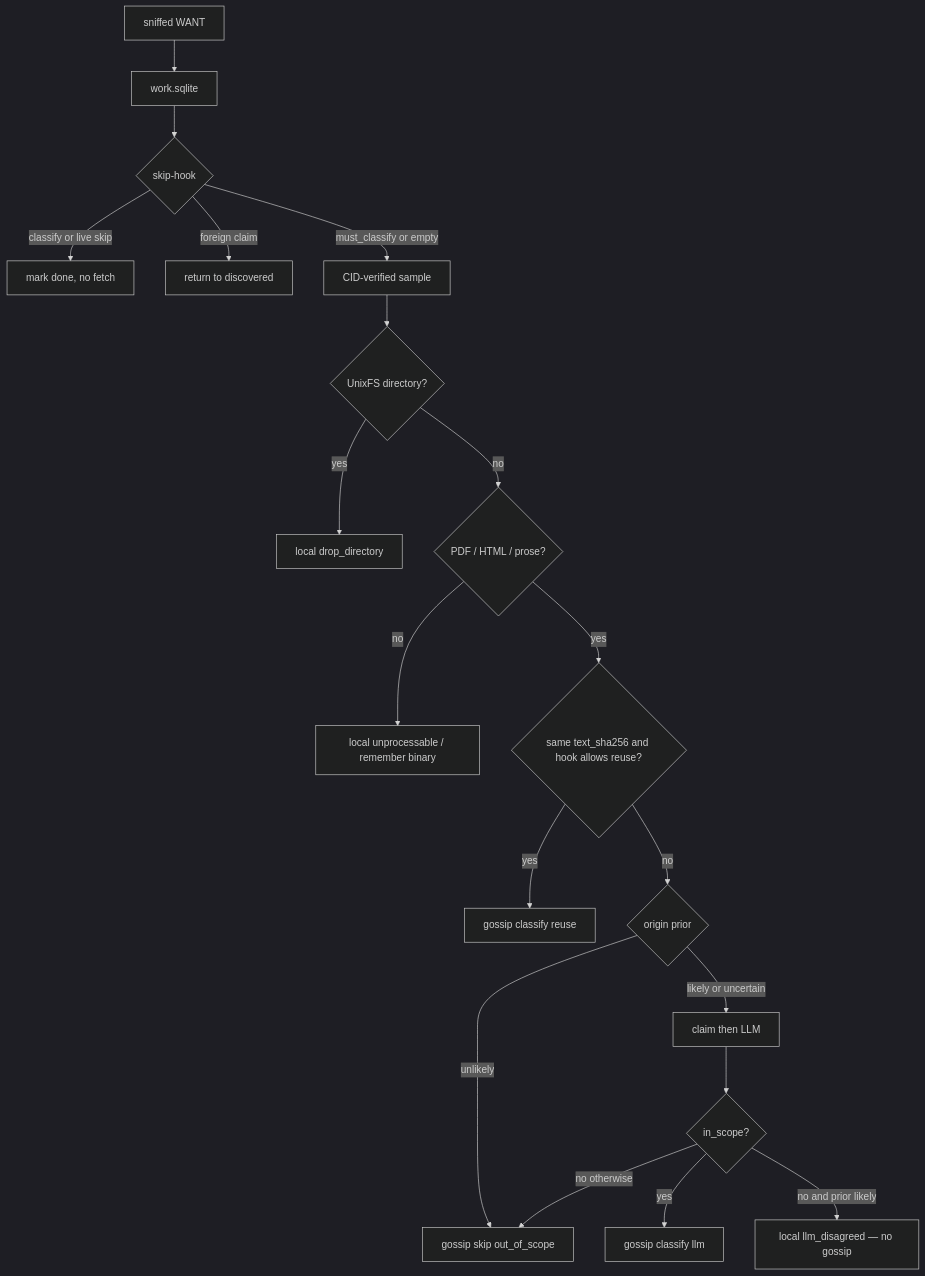
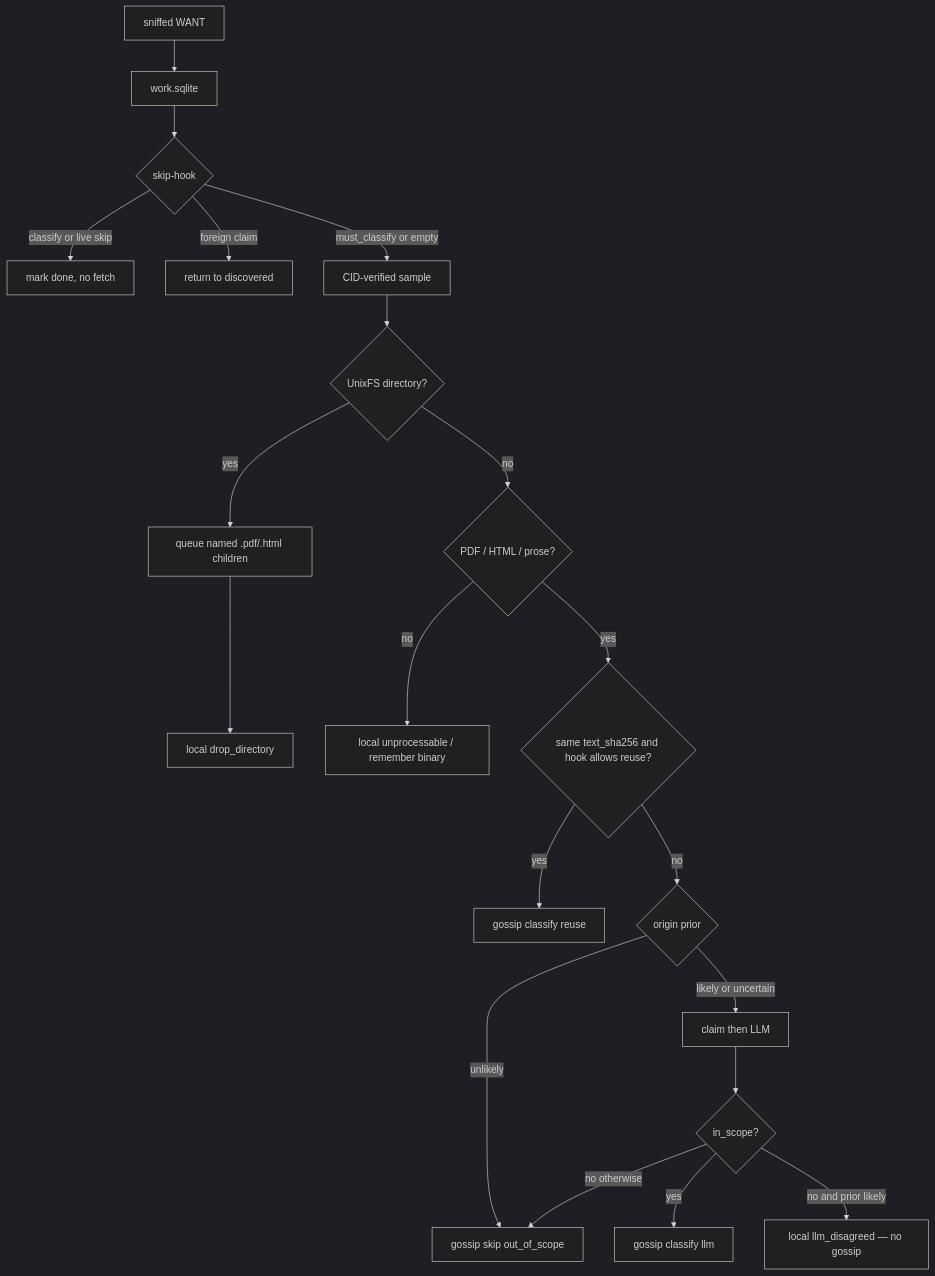
The third of 4 diagrams in docs/OVERVIEW.md (ihlec/IPFS-Observer-Club), drawn with Mermaid (dark theme) before and after one commit. The commit also changed other lines of this file and 9 other files, not shown here.

````diff
--- a/docs/OVERVIEW.md
+++ b/docs/OVERVIEW.md
@@ -199,21 +202,22 @@
 ```mermaid
 flowchart TD
   want[sniffed WANT] --> q[work.sqlite]
   q --> hook{skip-hook}
   hook -->|classify or live skip| stop[mark done, no fetch]
   hook -->|foreign claim| wait[return to discovered]
   hook -->|must_classify or empty| fetch[CID-verified sample]
   fetch --> dir{UnixFS directory?}
-  dir -->|yes| gdir["local drop_directory"]
+  dir -->|yes| named["queue named .pdf/.html children"]
+  named --> gdir["local drop_directory"]
   dir -->|no| mime{PDF / HTML / prose?}
   mime -->|no| loc["local unprocessable / remember binary"]
   mime -->|yes| fp{same text_sha256 and hook allows reuse?}
   fp -->|yes| reuse["gossip classify reuse"]
   fp -->|no| prior{origin prior}
   prior -->|unlikely| gscope["gossip skip out_of_scope"]
   prior -->|likely or uncertain| claim["claim then LLM"]
   claim --> inscope{in_scope?}
   inscope -->|yes| gclass["gossip classify llm"]
   inscope -->|no and prior likely| quiet["local llm_disagreed — no gossip"]
   inscope -->|no otherwise| gscope
 ```
````
